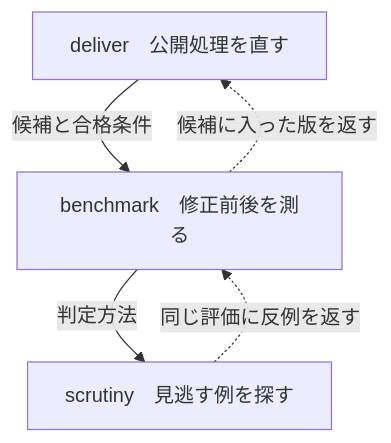
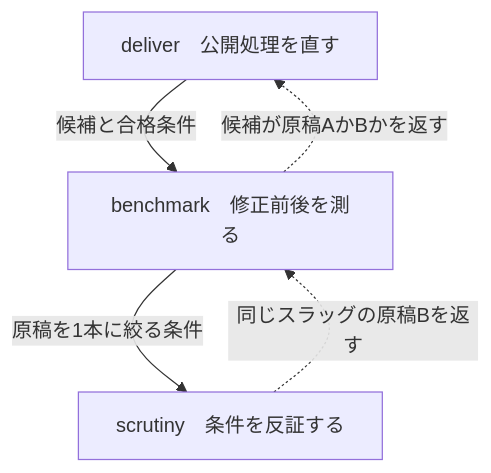
One commit to KAFKA2306/articles changed the second of 2 diagrams in articles/kafstyler-agent-quality-loop.md. Above: the diagram before and after it, drawn with Mermaid. The commit also changed other lines of this file and 2 other files, not shown here.

````diff
--- a/articles/kafstyler-agent-quality-loop.md
+++ b/articles/kafstyler-agent-quality-loop.md
@@ -43,7 +43,7 @@
 ```mermaid
 graph TD
     D["deliver　公開処理を直す"] -->|候補と合格条件| B["benchmark　修正前後を測る"]
-    B -->|判定方法| S["scrutiny　見逃す例を探す"]
-    S -. 同じ評価に反例を返す .-> B
-    B -. 候補に入った版を返す .-> D
+    B -->|原稿を1本に絞る条件| S["scrutiny　条件を反証する"]
+    S -. 同じスラッグの原稿Bを返す .-> B
+    B -. 候補が原稿AかBかを返す .-> D
 ```
````
